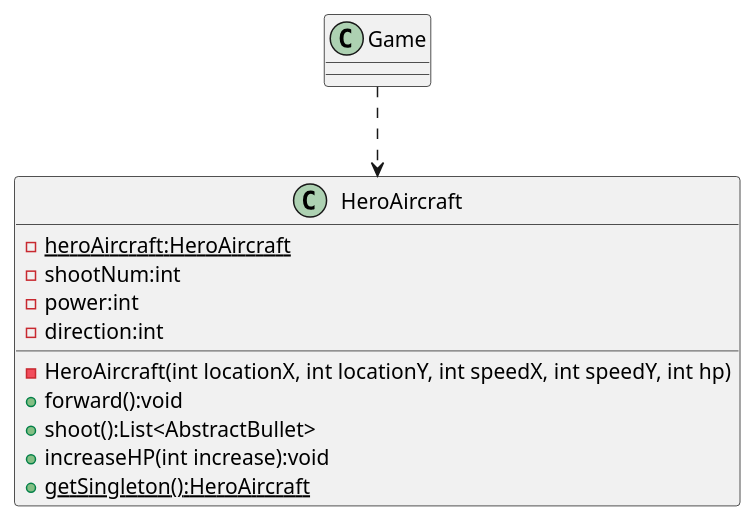
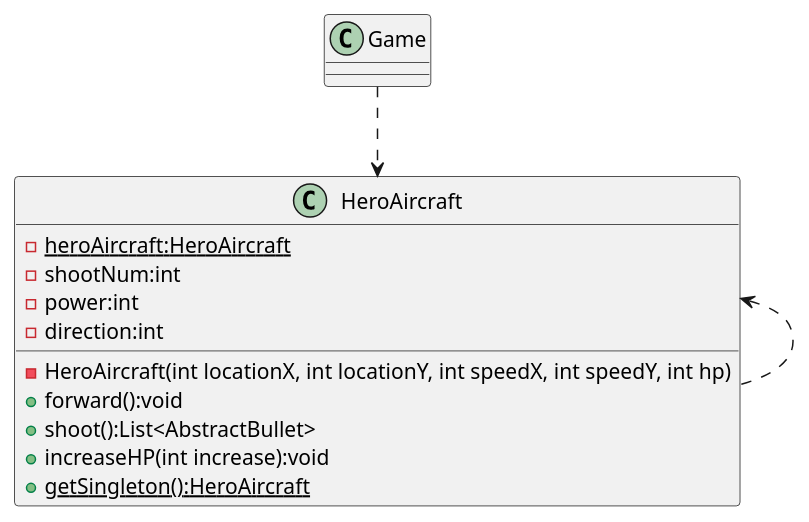
The diagram in uml/HeroAircraftSingleton.puml (Straho-Chen/AircraftWar-base), drawn with PlantUML before and after one commit.

Commit message:
exp2, 自指向

```diff
--- a/uml/HeroAircraftSingleton.puml
+++ b/uml/HeroAircraftSingleton.puml
@@ -1,21 +1,22 @@
 @startuml
 'https://plantuml.com/class-diagram
 
 class HeroAircraft{
     - {static} heroAircraft:HeroAircraft
     - shootNum:int
     - power:int
     - direction:int
     - HeroAircraft(int locationX, int locationY, int speedX, int speedY, int hp)
     + forward():void
     + shoot():List<AbstractBullet>
     + increaseHP(int increase):void
     + {static} getSingleton():HeroAircraft
 }
 
 class Game {
 }
 
 Game ..> HeroAircraft
+HeroAircraft <.. HeroAircraft
 
 @enduml
```
